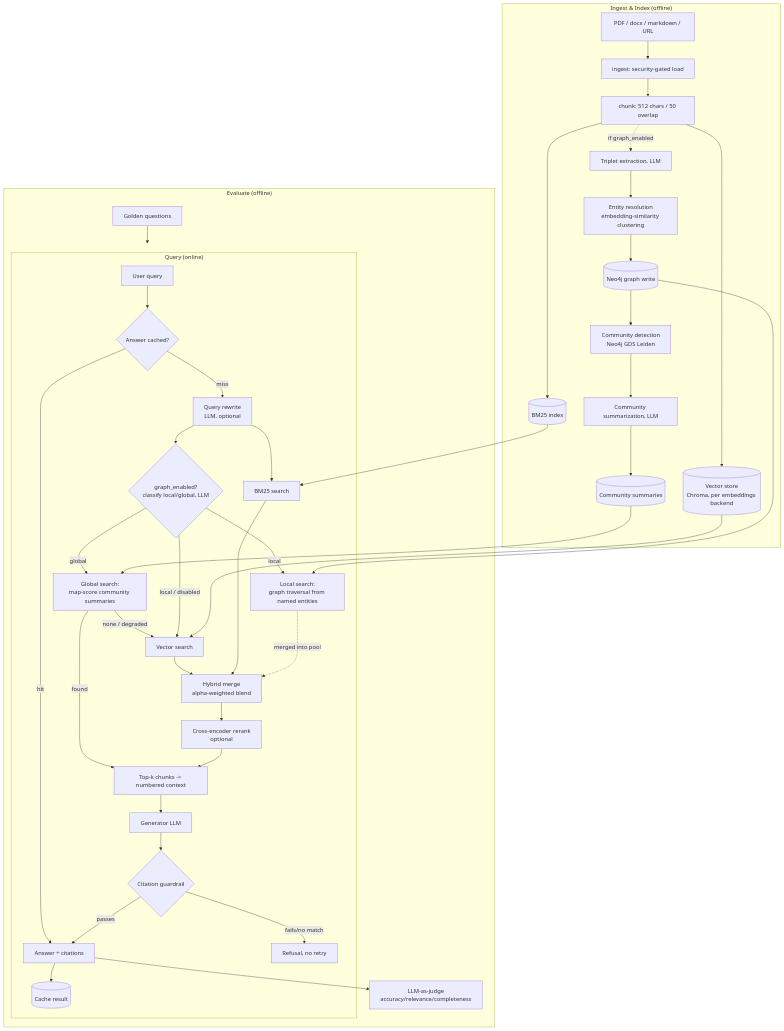
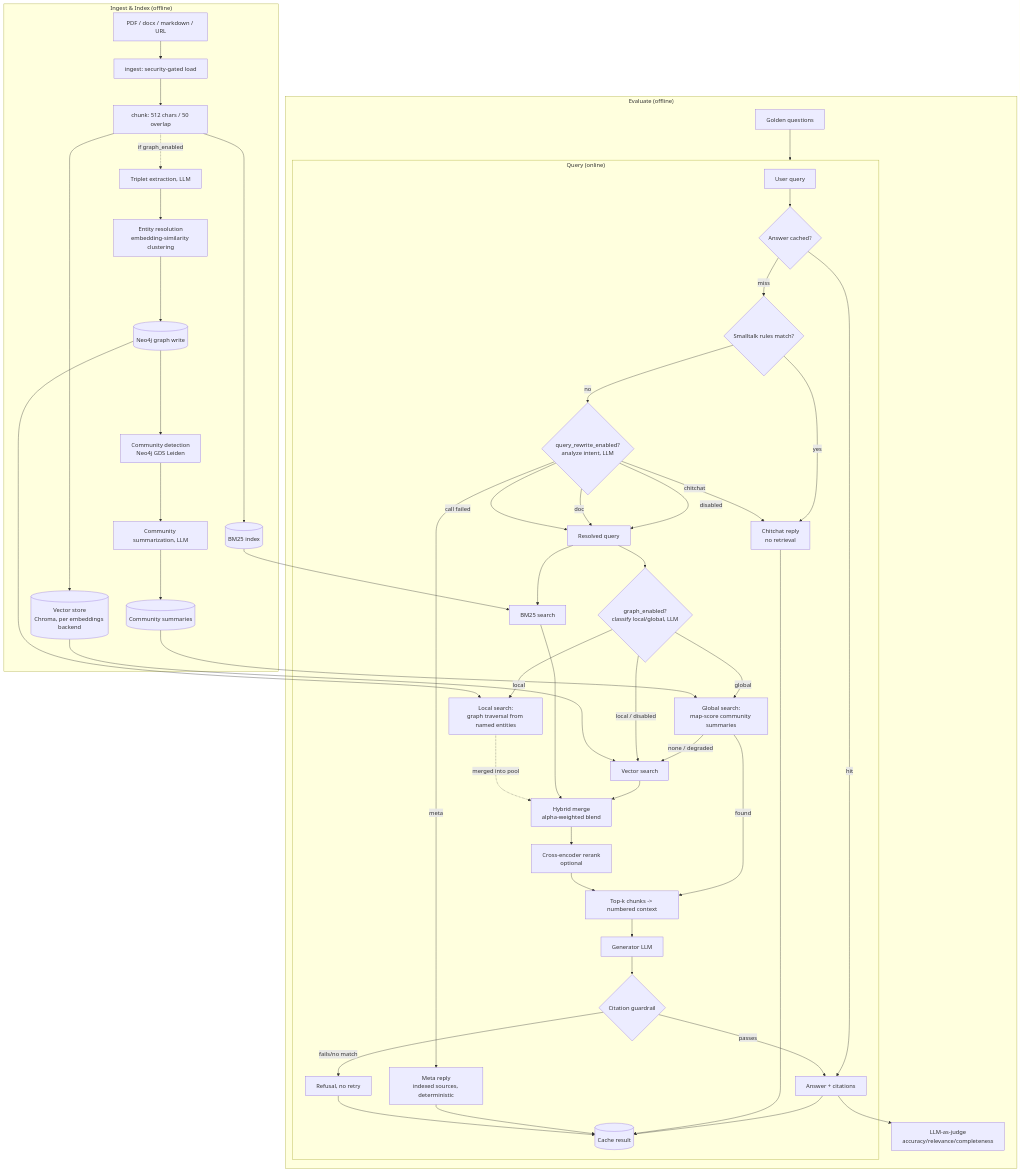
Before and after one commit to iamashraf/ask-the-docs: the diagram in docs/ARCHITECTURE.md, drawn with Mermaid. The commit also changed other lines of this file and 3 other files, not shown here.

````diff
--- a/docs/ARCHITECTURE.md
+++ b/docs/ARCHITECTURE.md
@@ -9,48 +9,58 @@
 ```mermaid
 flowchart TD
     subgraph Ingest["Ingest & Index (offline)"]
         SRC[PDF / docx / markdown / URL] --> ING[ingest: security-gated load]
         ING --> CHUNK[chunk: 512 chars / 50 overlap]
         CHUNK --> VEC[(Vector store<br/>Chroma, per embeddings backend)]
         CHUNK --> BM[(BM25 index)]
         CHUNK -. "if graph_enabled" .-> EXTRACT[Triplet extraction, LLM]
         EXTRACT --> RESOLVE[Entity resolution<br/>embedding-similarity clustering]
         RESOLVE --> GWRITE[(Neo4j graph write)]
         GWRITE --> LEIDEN[Community detection<br/>Neo4j GDS Leiden]
         LEIDEN --> CSUM[Community summarization, LLM]
         CSUM --> GSTORE[(Community summaries)]
     end
 
     subgraph Query["Query (online)"]
         Q[User query] --> CACHE{Answer cached?}
         CACHE -- hit --> ANS[Answer + citations]
-        CACHE -- miss --> RW[Query rewrite<br/>LLM, optional]
-        RW --> CLASSIFY{"graph_enabled?<br/>classify local/global, LLM"}
+        CACHE -- miss --> ROUTE{"Smalltalk rules match?"}
+        ROUTE -- yes --> CHITCHAT["Chitchat reply<br/>no retrieval"]
+        ROUTE -- no --> ANALYZE{"query_rewrite_enabled?<br/>analyze intent, LLM"}
+        ANALYZE -- disabled --> RESOLVED["Resolved query"]
+        ANALYZE -- doc --> RESOLVED
+        ANALYZE -- "call failed" --> RESOLVED
+        ANALYZE -- chitchat --> CHITCHAT
+        ANALYZE -- meta --> METAREPLY["Meta reply<br/>indexed sources, deterministic"]
+        RESOLVED --> CLASSIFY{"graph_enabled?<br/>classify local/global, LLM"}
         CLASSIFY -- "global" --> GLOBAL[Global search:<br/>map-score community summaries]
         GLOBAL -- found --> CTX
         GLOBAL -- "none / degraded" --> VSEARCH
         CLASSIFY -- "local / disabled" --> VSEARCH[Vector search]
         CLASSIFY -- "local" --> LOCAL[Local search:<br/>graph traversal from named entities]
-        RW --> BSEARCH[BM25 search]
+        RESOLVED --> BSEARCH[BM25 search]
         VSEARCH --> MERGE[Hybrid merge<br/>alpha-weighted blend]
         BSEARCH --> MERGE
         LOCAL -. "merged into pool" .-> MERGE
         MERGE --> RERANK[Cross-encoder rerank<br/>optional]
         RERANK --> CTX[Top-k chunks -> numbered context]
         CTX --> GEN[Generator LLM]
         GEN --> GUARD{Citation guardrail}
         GUARD -- fails/no match --> REFUSE[Refusal, no retry]
         GUARD -- passes --> ANS
         ANS --> CACHESET[(Cache result)]
+        CHITCHAT --> CACHESET
+        METAREPLY --> CACHESET
+        REFUSE --> CACHESET
     end
 
     VEC --> VSEARCH
     BM --> BSEARCH
     GSTORE --> GLOBAL
     GWRITE --> LOCAL
 
     subgraph Evaluate["Evaluate (offline)"]
         GOLD[Golden questions] --> Query
         ANS --> JUDGE[LLM-as-judge<br/>accuracy/relevance/completeness]
     end
 ```
````
